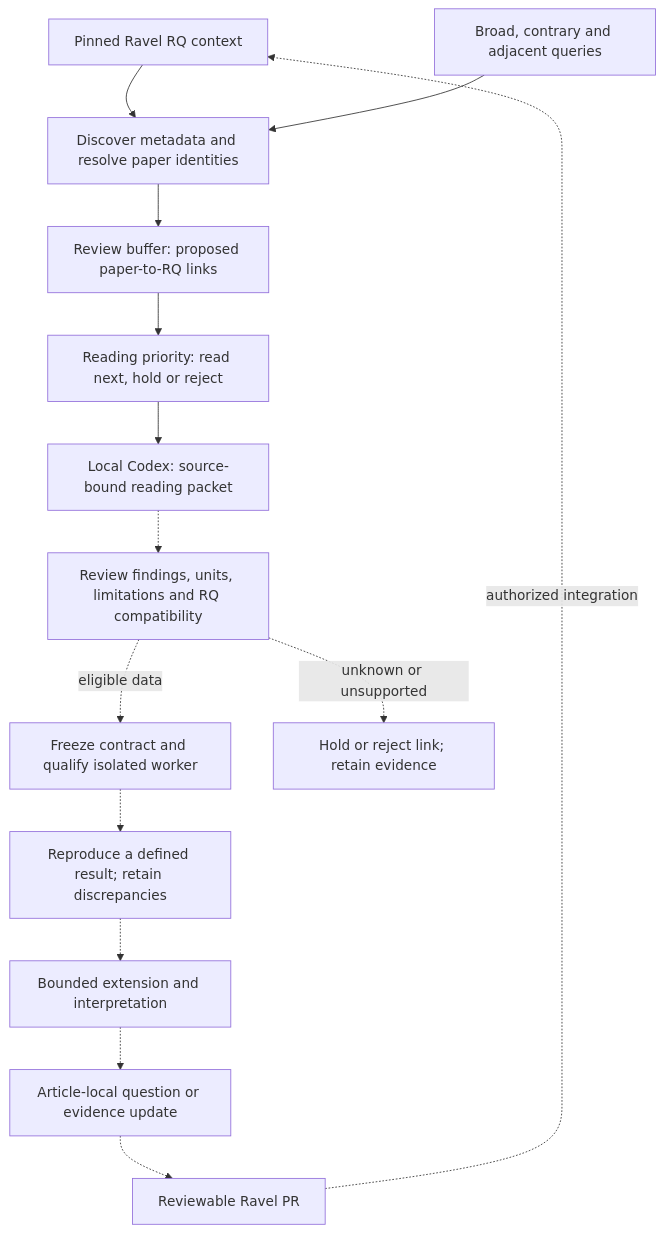
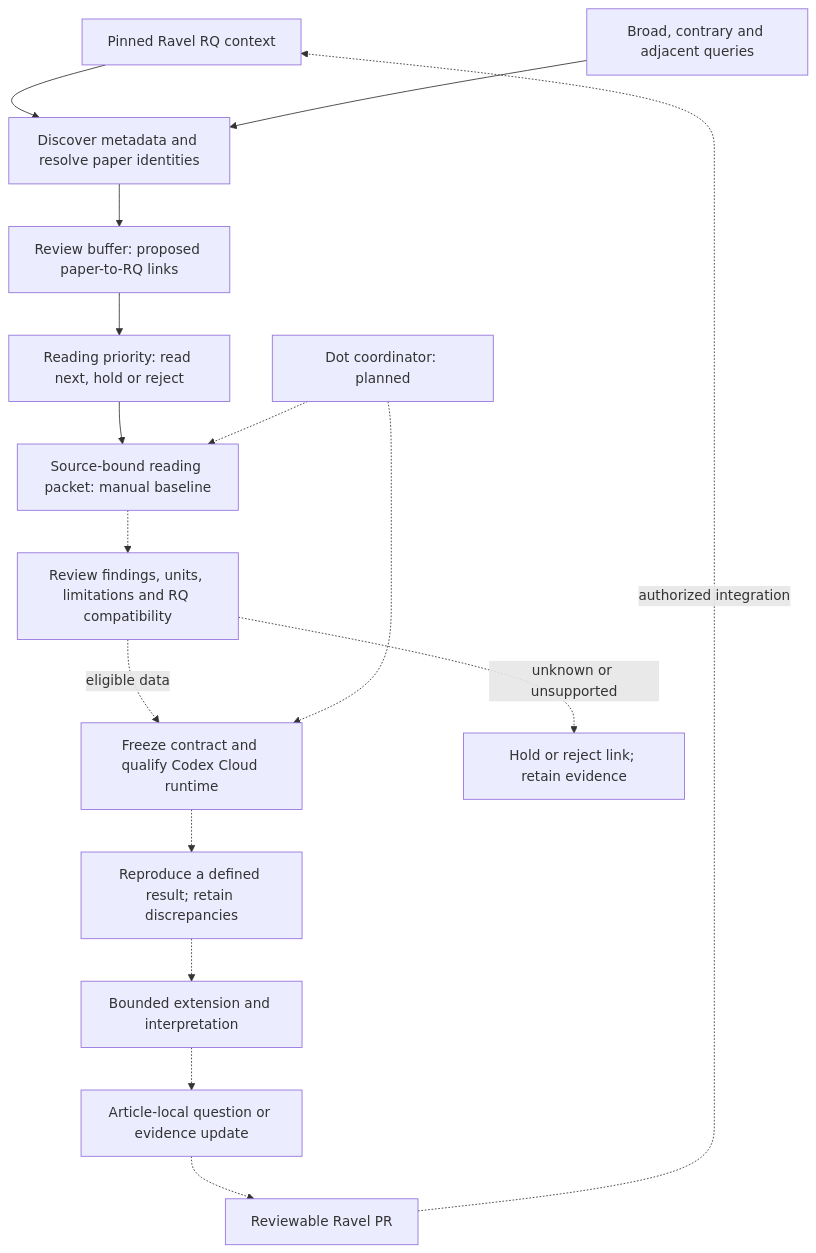
Before and after one commit to xorca0711/weft: the diagram in README.md, drawn with Mermaid. The commit also changed other lines of this file and 10 other files, not shown here.

Commit message:
docs: stage dot coordination and Codex Cloud execution

````diff
--- a/README.md
+++ b/README.md
@@ -33,16 +36,18 @@
 ```mermaid
 flowchart TD
     R["Pinned Ravel RQ context"] --> D["Discover metadata and resolve paper identities"]
     Q["Broad, contrary and adjacent queries"] --> D
     D --> B["Review buffer: proposed paper-to-RQ links"]
     B --> T["Reading priority: read next, hold or reject"]
-    T --> P["Local Codex: source-bound reading packet"]
+    T --> P["Source-bound reading packet: manual baseline"]
+    O["Dot coordinator: planned"] -.-> P
     P -.-> V["Review findings, units, limitations and RQ compatibility"]
-    V -.->|eligible data| C["Freeze contract and qualify isolated worker"]
+    V -.->|eligible data| C["Freeze contract and qualify Codex Cloud runtime"]
+    O -.-> C
     V -.->|unknown or unsupported| H["Hold or reject link; retain evidence"]
     C -.-> A["Reproduce a defined result; retain discrepancies"]
     A -.-> E["Bounded extension and interpretation"]
     E -.-> N["Article-local question or evidence update"]
     N -.-> X["Reviewable Ravel PR"]
     X -.->|authorized integration| R
 ```
````
